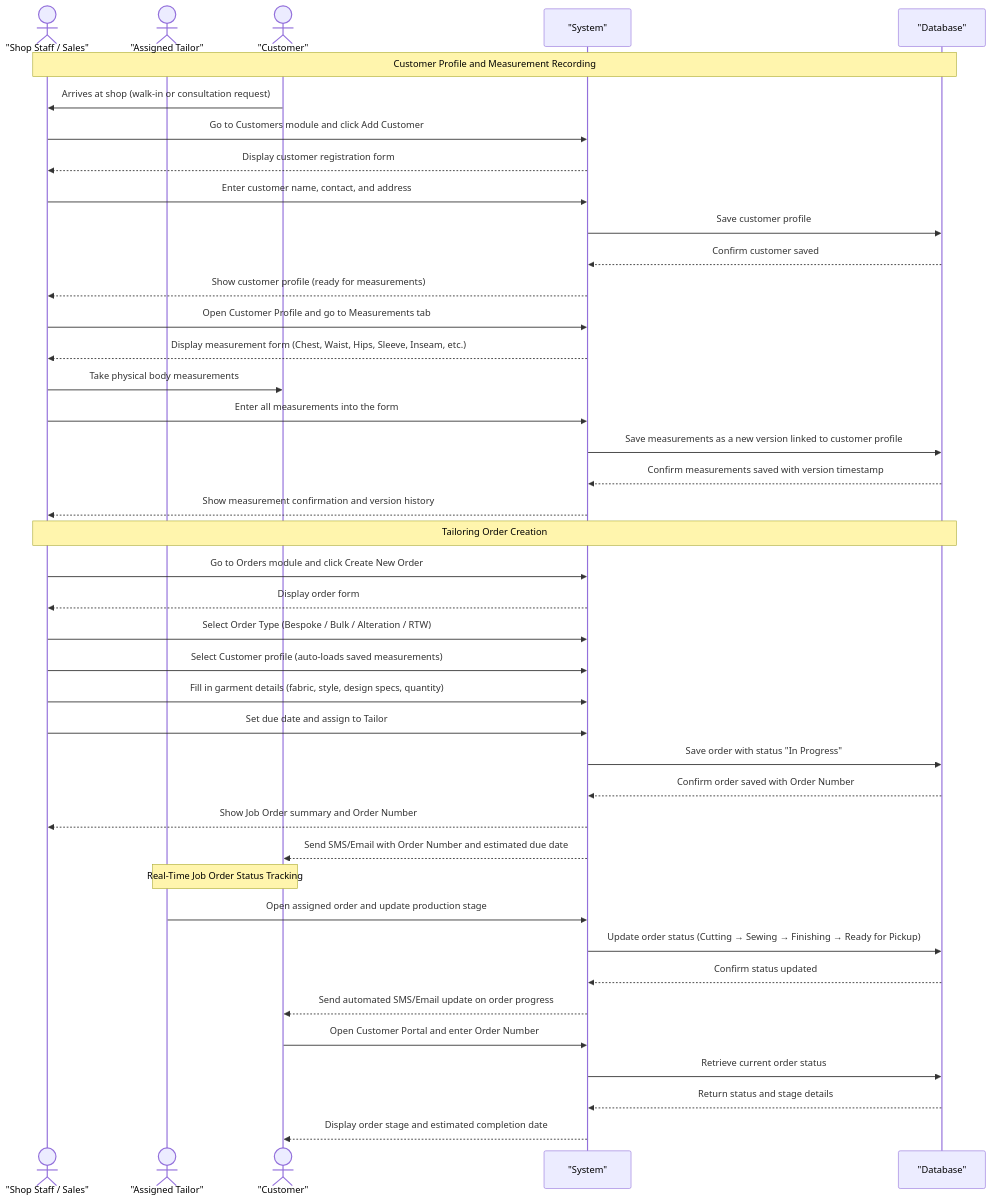
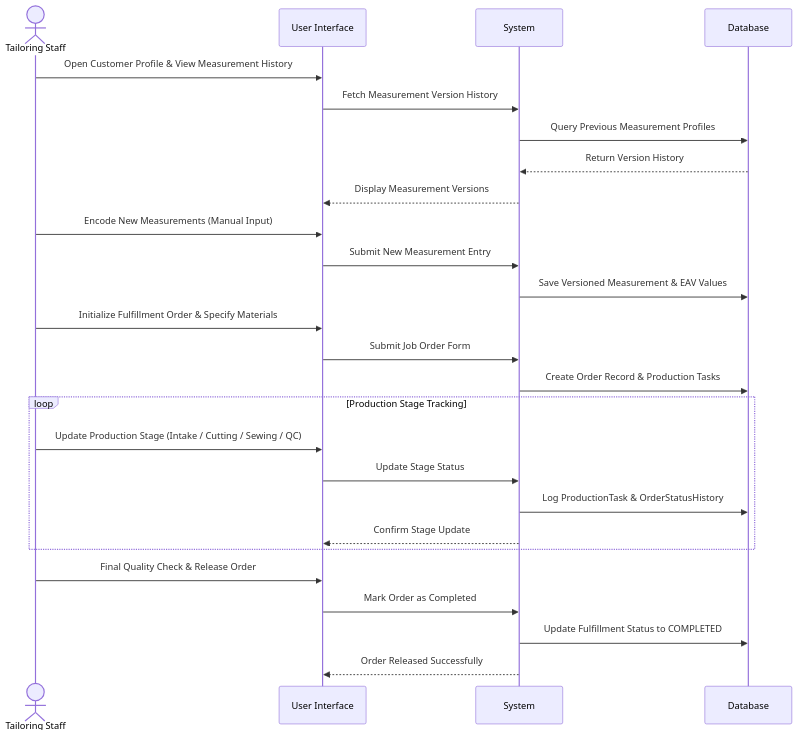
One commit to ItzFrostyCode/CapstoneSatura changed the second of 6 diagrams in sutura-clean-nextjs-prototype/docs/SequenceDiagram.md. Above: the diagram before and after it, drawn with Mermaid. The commit also changed other lines of this file and 264 other files, not shown here.

First line of the commit message:
refactor: finalize technical documentation and synchronize database schema with capstone objectives

````diff
--- a/sutura-clean-nextjs-prototype/docs/SequenceDiagram.md
+++ b/sutura-clean-nextjs-prototype/docs/SequenceDiagram.md
@@ -82,48 +48,33 @@
 ```mermaid
 sequenceDiagram
-    actor Staff as "Shop Staff / Sales"
-    actor Tailor as "Assigned Tailor"
-    actor Customer as "Customer"
-    participant System as "System"
-    participant DB as "Database"
+    actor Staff as Tailoring Staff
+    participant UI as User Interface
+    participant System as System
+    participant DB as Database
 
-    Note over Staff, DB: Customer Profile and Measurement Recording
-    Customer->>Staff: Arrives at shop (walk-in or consultation request)
-    Staff->>System: Go to Customers module and click Add Customer
-    System-->>Staff: Display customer registration form
-    Staff->>System: Enter customer name, contact, and address
-    System->>DB: Save customer profile
-    DB-->>System: Confirm customer saved
-    System-->>Staff: Show customer profile (ready for measurements)
+    Staff->>UI: Open Customer Profile & View Measurement History
+    UI->>System: Fetch Measurement Version History
+    System->>DB: Query Previous Measurement Profiles
+    DB-->>System: Return Version History
+    System-->>UI: Display Measurement Versions
 
-    Staff->>System: Open Customer Profile and go to Measurements tab
-    System-->>Staff: Display measurement form (Chest, Waist, Hips, Sleeve, Inseam, etc.)
-    Staff->>Customer: Take physical body measurements
-    Staff->>System: Enter all measurements into the form
-    System->>DB: Save measurements as a new version linked to customer profile
-    DB-->>System: Confirm measurements saved with version timestamp
-    System-->>Staff: Show measurement confirmation and version history
+    Staff->>UI: Encode New Measurements (Manual Input)
+    UI->>System: Submit New Measurement Entry
+    System->>DB: Save Versioned Measurement & EAV Values
 
-    Note over Staff, DB: Tailoring Order Creation
-    Staff->>System: Go to Orders module and click Create New Order
-    System-->>Staff: Display order form
-    Staff->>System: Select Order Type (Bespoke / Bulk / Alteration / RTW)
-    Staff->>System: Select Customer profile (auto-loads saved measurements)
-    Staff->>System: Fill in garment details (fabric, style, design specs, quantity)
-    Staff->>System: Set due date and assign to Tailor
-    System->>DB: Save order with status "In Progress"
-    DB-->>System: Confirm order saved with Order Number
-    System-->>Staff: Show Job Order summary and Order Number
-    System-->>Customer: Send SMS/Email with Order Number and estimated due date
+    Staff->>UI: Initialize Fulfillment Order & Specify Materials
+    UI->>System: Submit Job Order Form
+    System->>DB: Create Order Record & Production Tasks
 
-    Note over Tailor, Customer: Real-Time Job Order Status Tracking
-    Tailor->>System: Open assigned order and update production stage
-    System->>DB: Update order status (Cutting → Sewing → Finishing → Ready for Pickup)
-    DB-->>System: Confirm status updated
-    System-->>Customer: Send automated SMS/Email update on order progress
+    loop Production Stage Tracking
+        Staff->>UI: Update Production Stage (Intake / Cutting / Sewing / QC)
+        UI->>System: Update Stage Status
+        System->>DB: Log ProductionTask & OrderStatusHistory
+        System-->>UI: Confirm Stage Update
+    end
 
-    Customer->>System: Open Customer Portal and enter Order Number
-    System->>DB: Retrieve current order status
-    DB-->>System: Return status and stage details
-    System-->>Customer: Display order stage and estimated completion date
+    Staff->>UI: Final Quality Check & Release Order
+    UI->>System: Mark Order as Completed
+    System->>DB: Update Fulfillment Status to COMPLETED
+    System-->>UI: Order Released Successfully
 ```
````
